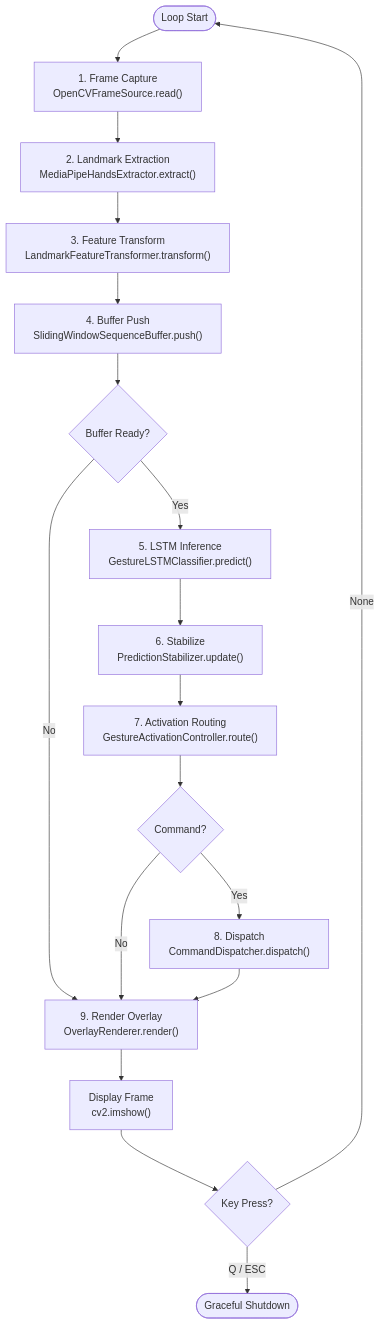
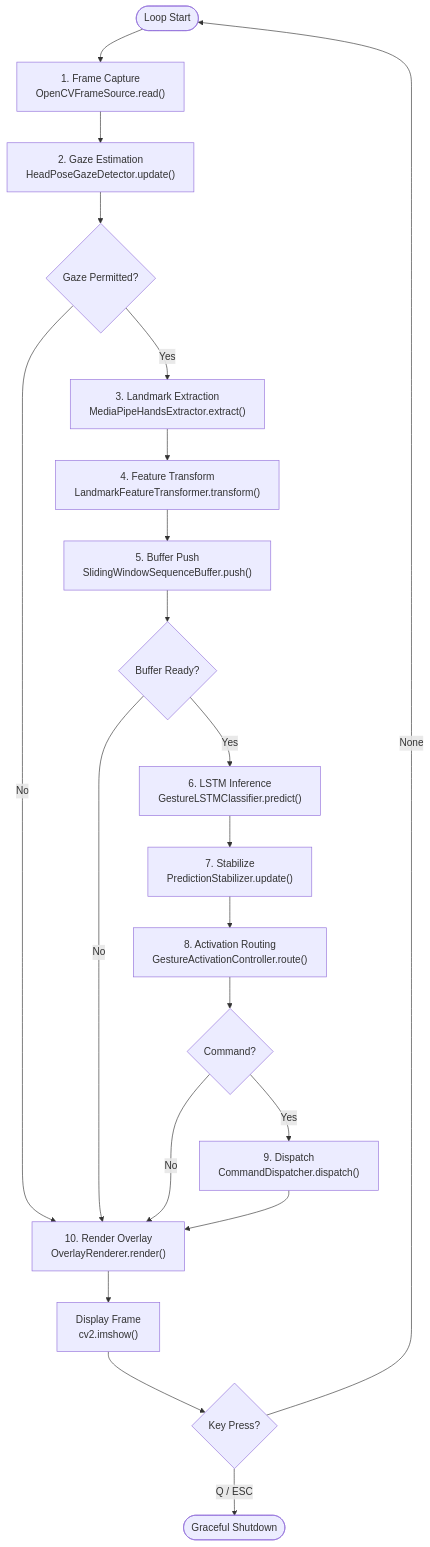
The first of 6 diagrams in docs/architecture/process-view.md (ntsrigaud/Maestro), drawn with Mermaid before and after one commit. The commit also changed other lines of this file, not shown here.

First line of the commit message:
docs(architecture): incorporate gaze-aware behavior into process view

````diff
--- a/docs/architecture/process-view.md
+++ b/docs/architecture/process-view.md
@@ -21,20 +21,23 @@
 ```mermaid
 graph TD
     Start([Loop Start]) --> Capture["1. Frame Capture<br/>OpenCVFrameSource.read()"]
-    Capture --> Extract["2. Landmark Extraction<br/>MediaPipeHandsExtractor.extract()"]
-    Extract --> Transform["3. Feature Transform<br/>LandmarkFeatureTransformer.transform()"]
-    Transform --> Buffer["4. Buffer Push<br/>SlidingWindowSequenceBuffer.push()"]
+    Capture --> Gaze["2. Gaze Estimation<br/>HeadPoseGazeDetector.update()"]
+    Gaze --> GazeOk{Gaze Permitted?}
+    GazeOk -->|No| Render
+    GazeOk -->|Yes| Extract["3. Landmark Extraction<br/>MediaPipeHandsExtractor.extract()"]
+    Extract --> Transform["4. Feature Transform<br/>LandmarkFeatureTransformer.transform()"]
+    Transform --> Buffer["5. Buffer Push<br/>SlidingWindowSequenceBuffer.push()"]
     Buffer --> Ready{Buffer Ready?}
     Ready -->|No| Render
-    Ready -->|Yes| Infer["5. LSTM Inference<br/>GestureLSTMClassifier.predict()"]
-    Infer --> Stabilize["6. Stabilize<br/>PredictionStabilizer.update()"]
-    Stabilize --> Activate["7. Activation Routing<br/>GestureActivationController.route()"]
+    Ready -->|Yes| Infer["6. LSTM Inference<br/>GestureLSTMClassifier.predict()"]
+    Infer --> Stabilize["7. Stabilize<br/>PredictionStabilizer.update()"]
+    Stabilize --> Activate["8. Activation Routing<br/>GestureActivationController.route()"]
     Activate --> HasCmd{Command?}
-    HasCmd -->|Yes| Dispatch["8. Dispatch<br/>CommandDispatcher.dispatch()"]
+    HasCmd -->|Yes| Dispatch["9. Dispatch<br/>CommandDispatcher.dispatch()"]
     HasCmd -->|No| Render
-    Dispatch --> Render["9. Render Overlay<br/>OverlayRenderer.render()"]
+    Dispatch --> Render["10. Render Overlay<br/>OverlayRenderer.render()"]
     Render --> Display["Display Frame<br/>cv2.imshow()"]
     Display --> KeyCheck{Key Press?}
     KeyCheck -->|Q / ESC| Shutdown([Graceful Shutdown])
     KeyCheck -->|None| Start
 ```
````
